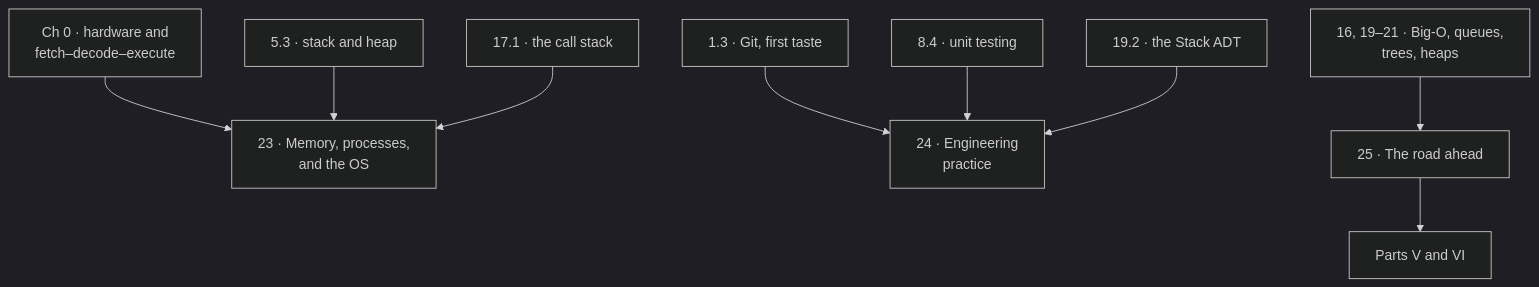
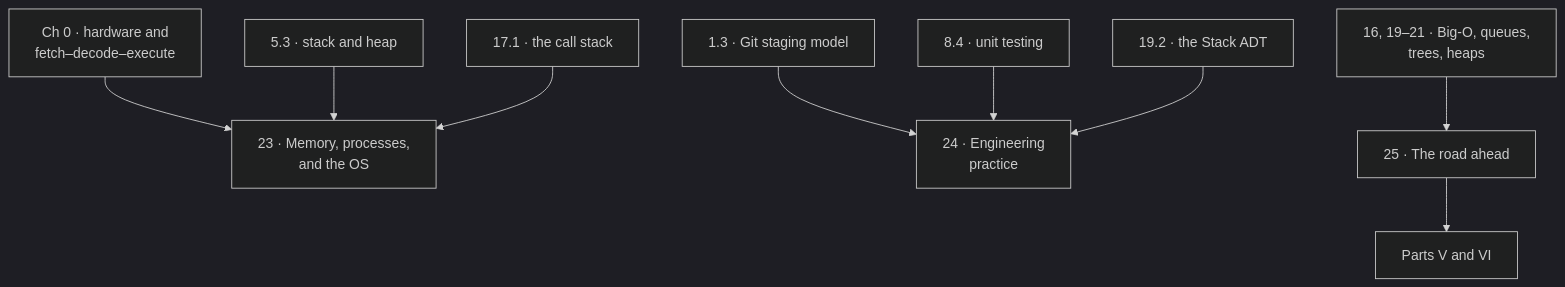
One commit to dongzhaohe321418-lab/programming-handbook changed the diagram in docs/part4-overview.md. Above: the diagram before and after it, drawn with Mermaid (dark theme). The commit also changed 6 other files, not shown here.

Commit message:
Refresh stale 'first taste' Git wording to 'staging model'

````diff
--- a/docs/part4-overview.md
+++ b/docs/part4-overview.md
@@ -98,14 +98,14 @@
 ```mermaid
 flowchart TD
     e00["Ch 0 · hardware and<br/>fetch–decode–execute"] --> c23
     e05["5.3 · stack and heap"] --> c23
     e17["17.1 · the call stack"] --> c23
-    e13["1.3 · Git, first taste"] --> c24
+    e13["1.3 · Git staging model"] --> c24
     e84["8.4 · unit testing"] --> c24
     e19["19.2 · the Stack ADT"] --> c24
     e16["16, 19–21 · Big-O, queues,<br/>trees, heaps"] --> c25
     c23["23 · Memory, processes,<br/>and the OS"]
     c24["24 · Engineering<br/>practice"]
     c25["25 · The road ahead"]
     c25 --> nxt["Parts V and VI"]
 ```
````
